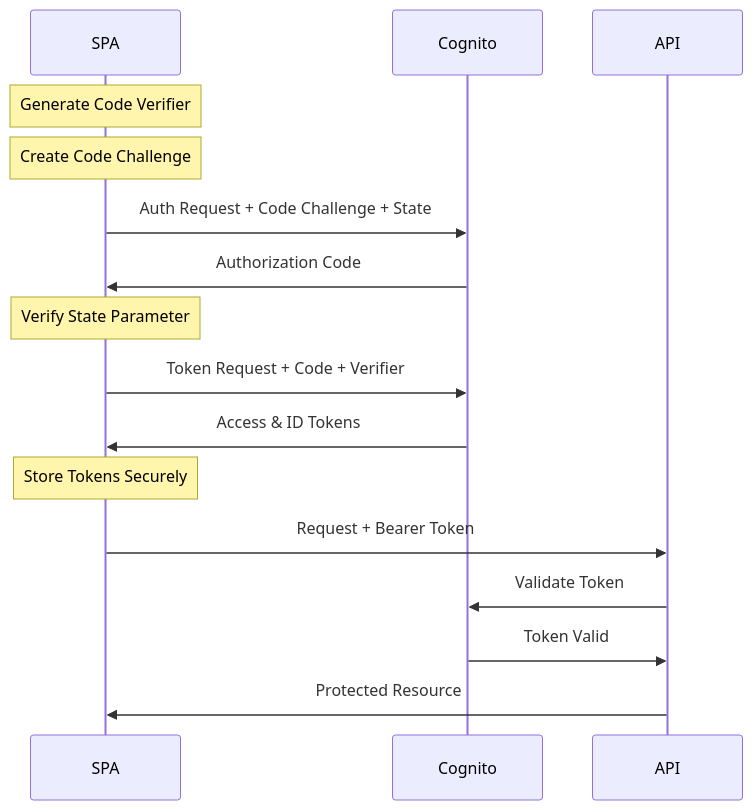
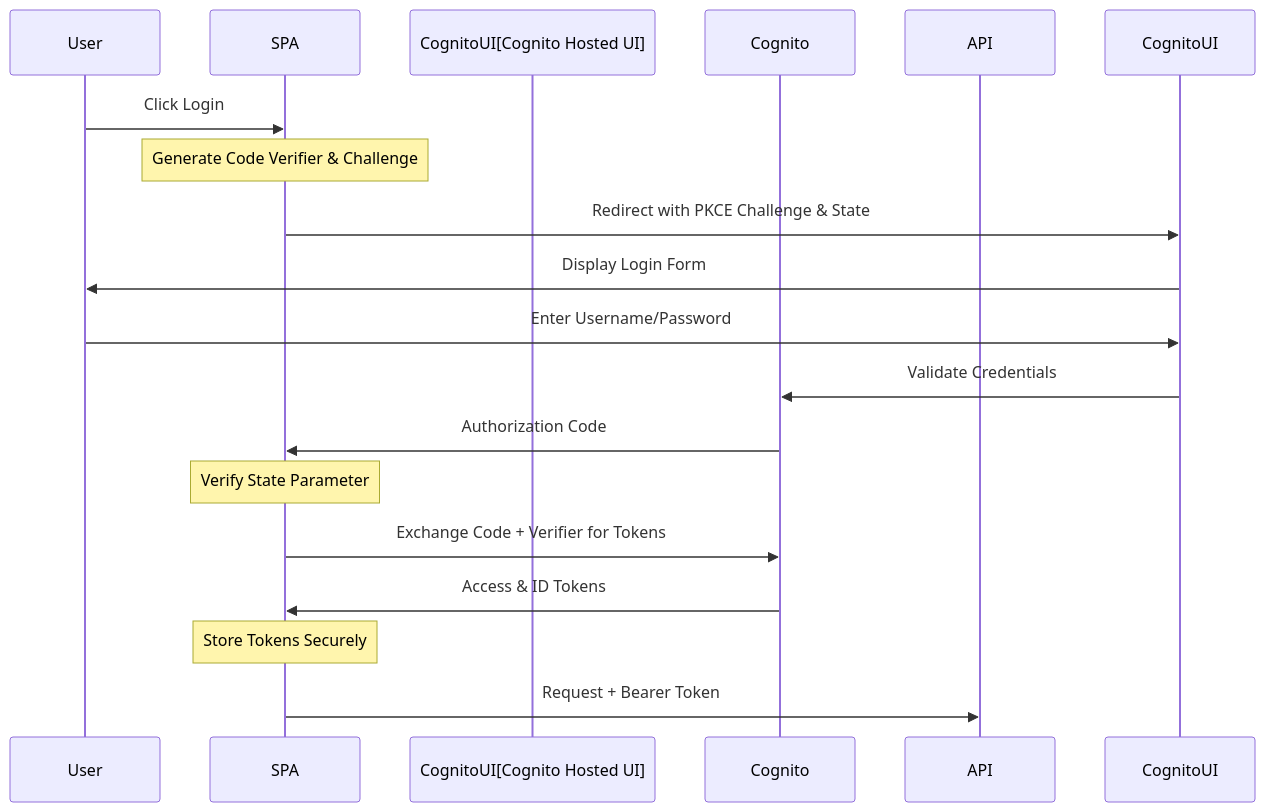
One commit to rmasucci/AWS-API changed the second of 3 diagrams in README.md. Above: the diagram before and after it, drawn with Mermaid. The commit also changed other lines of this file, not shown here.

````diff
--- a/README.md
+++ b/README.md
@@ -60,19 +60,21 @@
 ```mermaid
 sequenceDiagram
+    participant User
     participant SPA
+    participant CognitoUI[Cognito Hosted UI]
     participant Cognito
     participant API
     
-    Note over SPA: Generate Code Verifier
-    Note over SPA: Create Code Challenge
-    SPA->>Cognito: Auth Request + Code Challenge + State
+    User->>SPA: Click Login
+    Note over SPA: Generate Code Verifier & Challenge
+    SPA->>CognitoUI: Redirect with PKCE Challenge & State
+    CognitoUI->>User: Display Login Form
+    User->>CognitoUI: Enter Username/Password
+    CognitoUI->>Cognito: Validate Credentials
     Cognito->>SPA: Authorization Code
     Note over SPA: Verify State Parameter
-    SPA->>Cognito: Token Request + Code + Verifier
+    SPA->>Cognito: Exchange Code + Verifier for Tokens
     Cognito->>SPA: Access & ID Tokens
     Note over SPA: Store Tokens Securely
     SPA->>API: Request + Bearer Token
-    API->>Cognito: Validate Token
-    Cognito->>API: Token Valid
-    API->>SPA: Protected Resource
 ```
````
